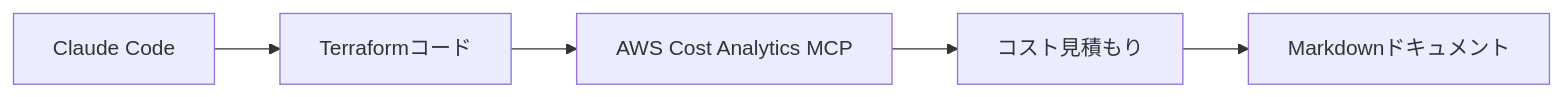
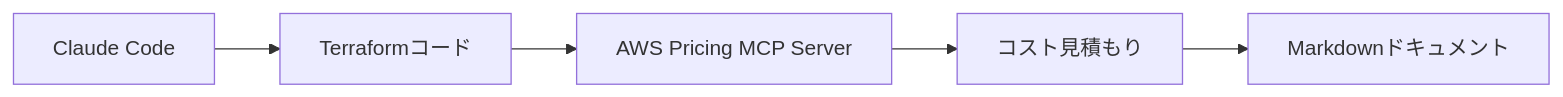
The diagram in articles/easy-mitsumori.md (ryota-09/zenn-article), drawn with Mermaid before and after one commit. The commit also changed other lines of this file, not shown here.

First line of the commit message:
AWS Cost Analytics MCPサーバーからAWS Pricing MCP Serverへの更新

````diff
--- a/articles/easy-mitsumori.md
+++ b/articles/easy-mitsumori.md
@@ -39,7 +44,7 @@
 ```mermaid
 graph LR
     A[Claude Code] --> B[Terraformコード]
-    B --> C[AWS Cost Analytics MCP]
+    B --> C[AWS Pricing MCP Server]
     C --> D[コスト見積もり]
     D --> E[Markdownドキュメント]
 ```
````
